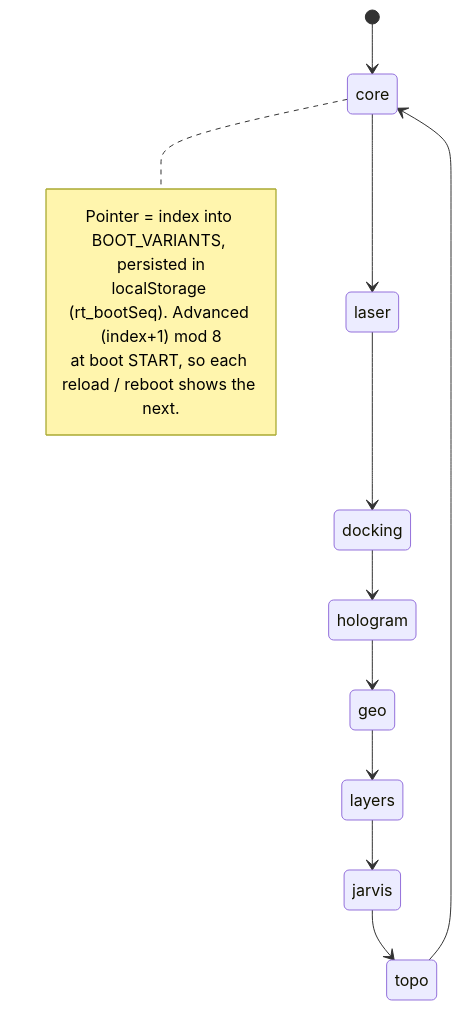
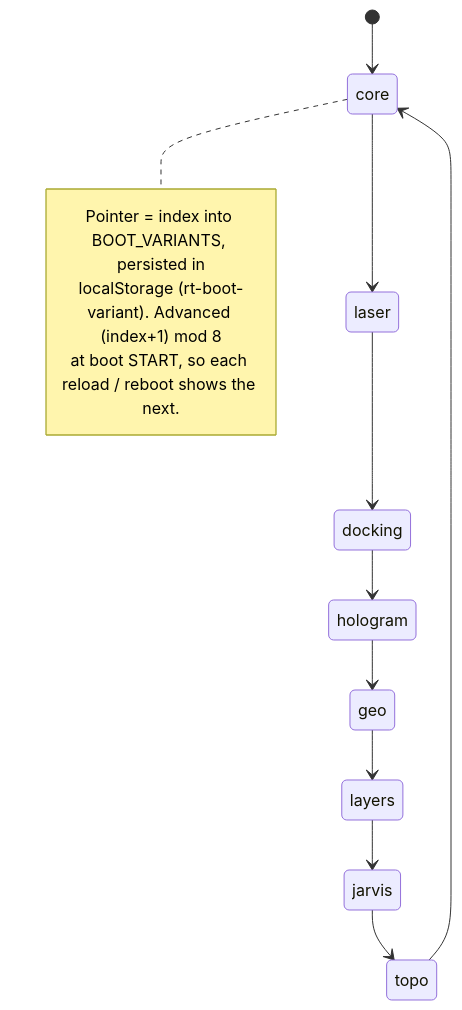
Before and after one commit to bettersoftware-io/ReactiveTraderCloudClone: the third of 5 diagrams in docs/boot-splash-animations.md, drawn with Mermaid. The commit also changed other lines of this file and 7 other files, not shown here.

````diff
--- a/docs/boot-splash-animations.md
+++ b/docs/boot-splash-animations.md
@@ -129,17 +133,17 @@
 ```mermaid
 stateDiagram-v2
     [*] --> core
     core --> laser
     laser --> docking
     docking --> hologram
     hologram --> geo
     geo --> layers
     layers --> jarvis
     jarvis --> topo
     topo --> core
     note right of core
       Pointer = index into BOOT_VARIANTS, persisted in
-      localStorage (rt_bootSeq). Advanced (index+1) mod 8
+      localStorage (rt-boot-variant). Advanced (index+1) mod 8
       at boot START, so each reload / reboot shows the next.
     end note
 ```
````
